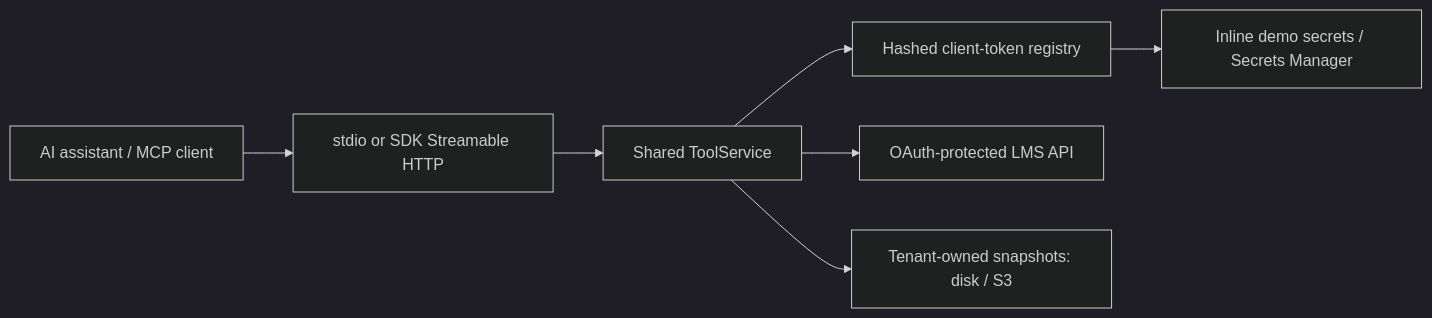
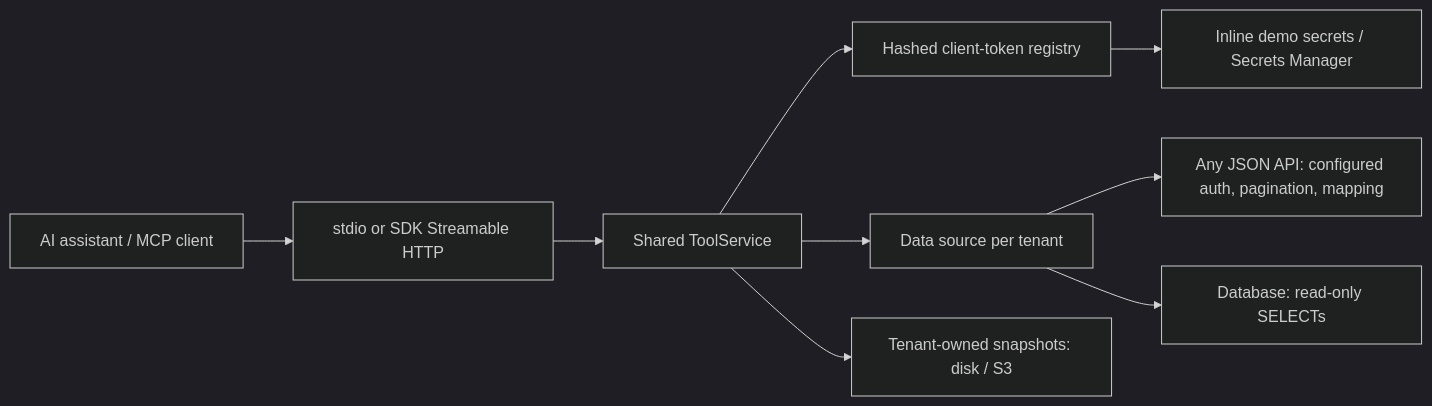
The diagram in README.md (MedAmine-SUDO/learnhub-mcp-server), drawn with Mermaid (dark theme) before and after one commit. The commit also changed other lines of this file and 25 other files, not shown here.

First line of the commit message:
Pluggable data sources: any LMS API or database, by configuration (0.3.0)

````diff
--- a/README.md
+++ b/README.md
@@ -124,9 +160,11 @@
 ```mermaid
 flowchart LR
     Client[AI assistant / MCP client] --> Transport[stdio or SDK Streamable HTTP]
     Transport --> Service[Shared ToolService]
     Service --> Registry[Hashed client-token registry]
     Registry --> Secrets[Inline demo secrets / Secrets Manager]
-    Service --> API[OAuth-protected LMS API]
+    Service --> Sources[Data source per tenant]
+    Sources --> REST[Any JSON API: configured auth, pagination, mapping]
+    Sources --> SQL[Database: read-only SELECTs]
     Service --> Results[Tenant-owned snapshots: disk / S3]
 ```
````
